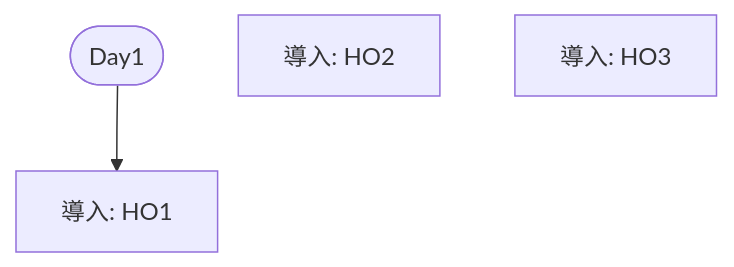
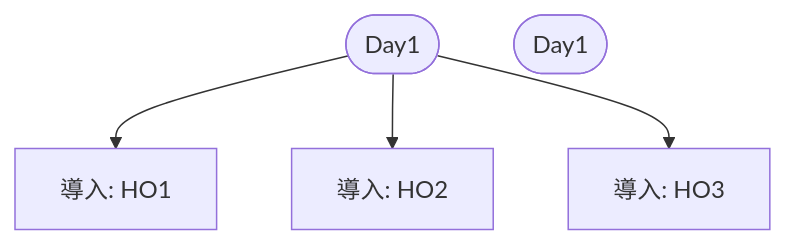
The diagram in specs/routing.md (KarasuTatehi/last-resort-disturbance), drawn with Mermaid before and after one commit. The commit also changed other lines of this file, not shown here.

Commit message:
specs/routing.md updated from https://stackedit.io/

````diff
--- a/specs/routing.md
+++ b/specs/routing.md
@@ -3,8 +3,10 @@
 ```mermaid
 flowchart TD
-D1([Day1])
+D1S([Day1])
 HO1-D1["導入: HO1"]
 HO2-D1["導入: HO2"]
 HO3-D1["導入: HO3"]
-D1-->HO1-D1
+D1E([Day1])
+D1S --> HO1-D1 & HO2-D1 & HO3-D1
+HO1-D1 & HO2-D1 & HO3-D1
 ```
````
